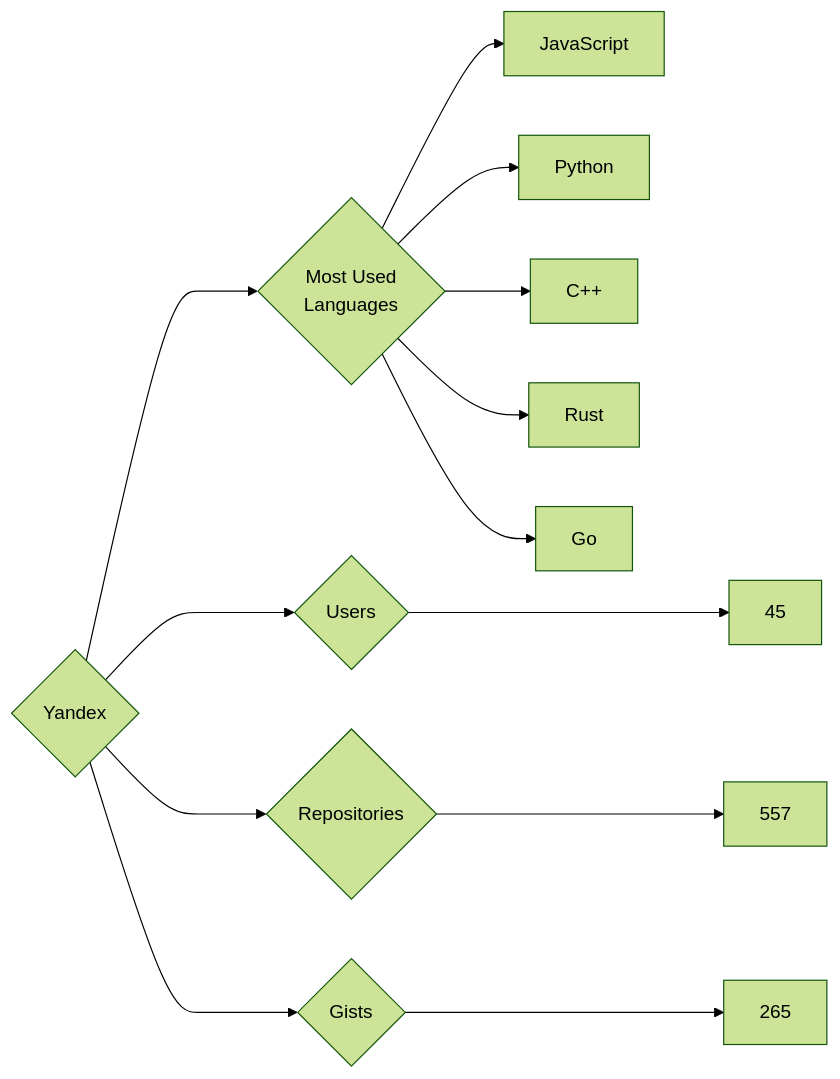
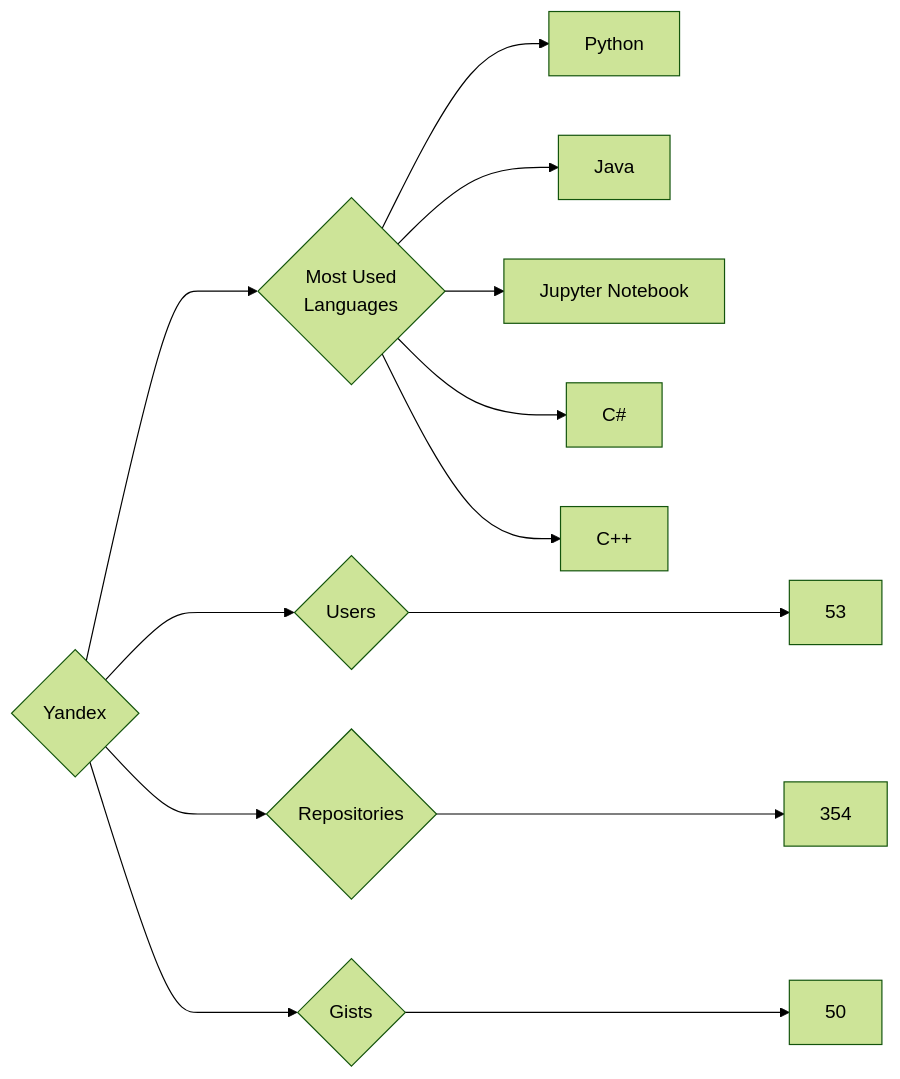
Before and after one commit to trickest/insiders: the diagram in targets/Yandex/README.md, drawn with Mermaid (forest theme). The commit also changed 597 other files, not shown here.

````diff
--- a/targets/Yandex/README.md
+++ b/targets/Yandex/README.md
@@ -3,13 +3,13 @@
 ```mermaid
 graph LR
 COMPANY_NAME{Yandex}
-COMPANY_NAME ---> U{Users} ---> UN[45]
-COMPANY_NAME ---> R{Repositories} ---> RN[557]
-COMPANY_NAME ---> G{Gists} ---> GN[265]
+COMPANY_NAME ---> U{Users} ---> UN[53]
+COMPANY_NAME ---> R{Repositories} ---> RN[354]
+COMPANY_NAME ---> G{Gists} ---> GN[50]
 COMPANY_NAME ---> ML{Most Used<br>Languages}
-ML --> JavaScript[JavaScript]
 ML --> Python[Python]
+ML --> Java[Java]
+ML --> Jupyter_Notebook[Jupyter Notebook]
+ML --> C#[C#]
 ML --> C++[C++]
-ML --> Rust[Rust]
-ML --> Go[Go]
 ```
````
